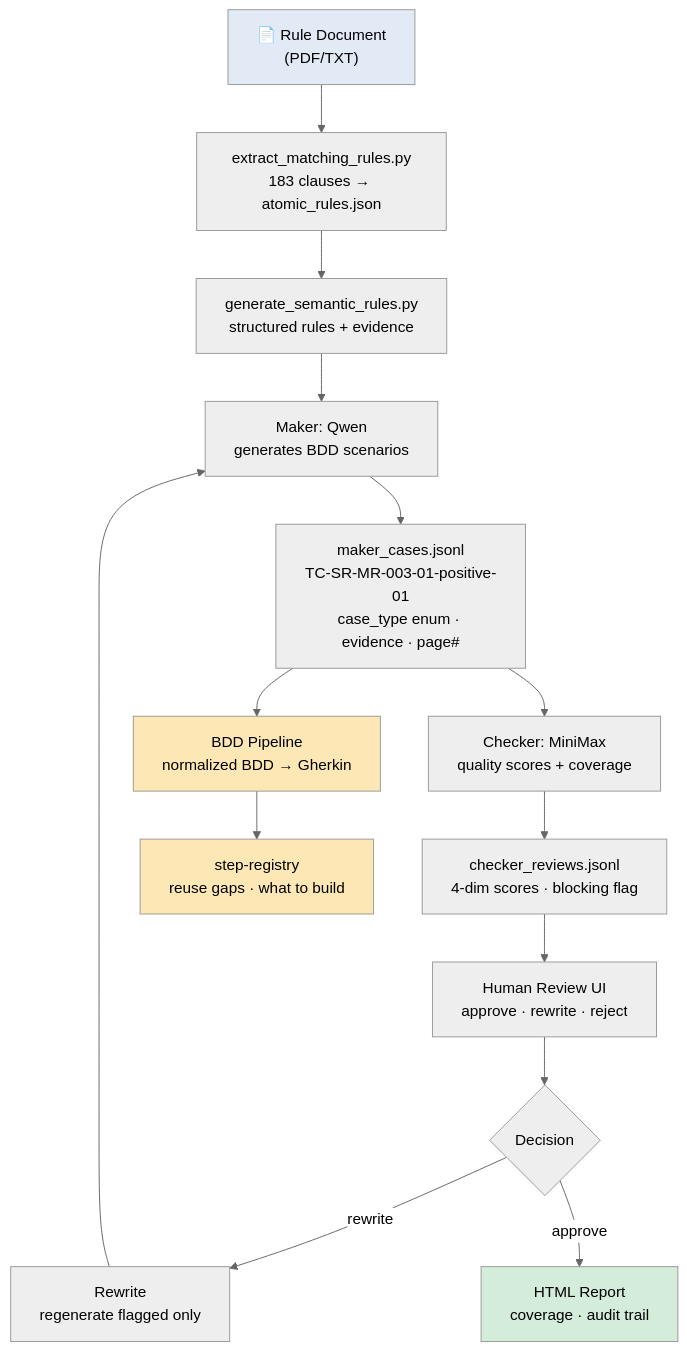
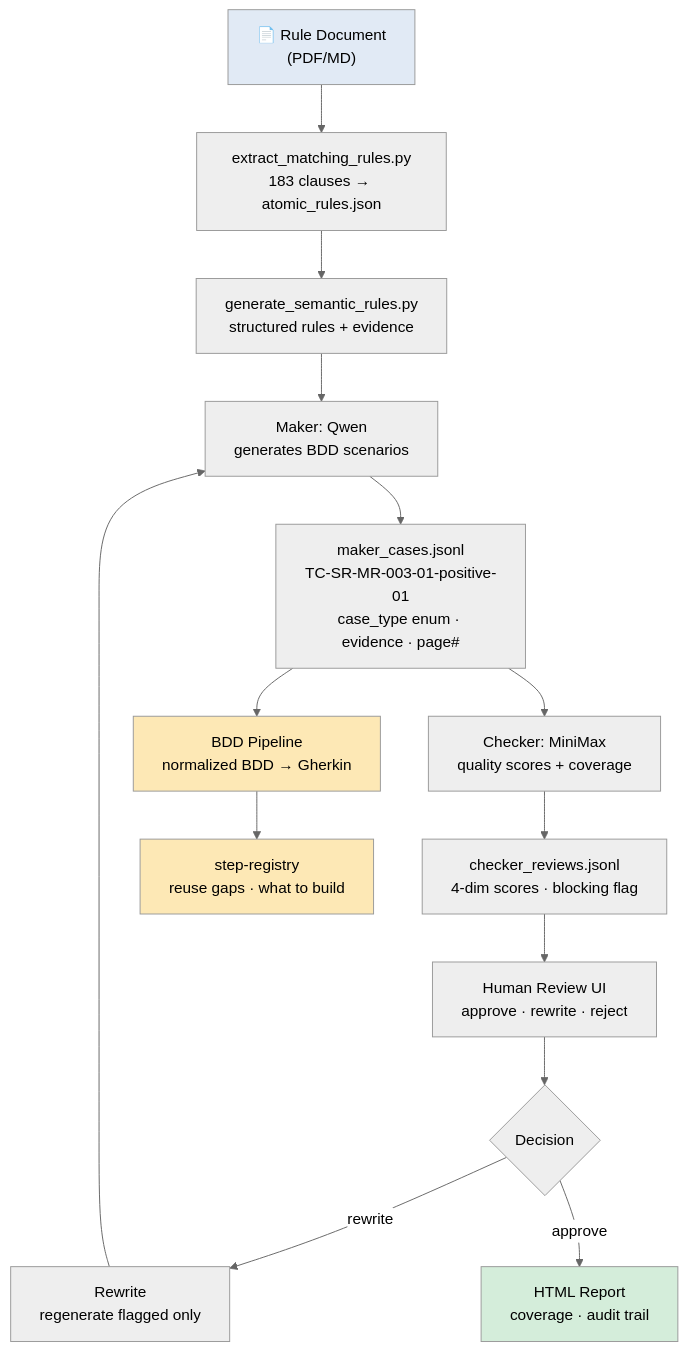
The first of 4 diagrams in docs/demo_for_boss.md (CodeFreddy/LME-Testing), drawn with Mermaid (neutral theme) before and after one commit. The commit also changed other lines of this file and 1 other file, not shown here.

````diff
--- a/docs/demo_for_boss.md
+++ b/docs/demo_for_boss.md
@@ -17,21 +17,21 @@
 ```mermaid
 flowchart TD
-    A["📄 Rule Document<br/>(PDF/TXT)"] --> B["extract_matching_rules.py<br/>183 clauses → atomic_rules.json"]
+    A["📄 Rule Document<br/>(PDF/MD)"] --> B["extract_matching_rules.py<br/>183 clauses → atomic_rules.json"]
     B --> C["generate_semantic_rules.py<br/>structured rules + evidence"]
     C --> D["Maker: Qwen<br/>generates BDD scenarios"]
     D --> E["maker_cases.jsonl<br/>TC-SR-MR-003-01-positive-01<br/>case_type enum · evidence · page#"]
     E --> F["Checker: MiniMax<br/>quality scores + coverage"]
     E --> G["BDD Pipeline<br/>normalized BDD → Gherkin"]
     F --> H["checker_reviews.jsonl<br/>4-dim scores · blocking flag"]
     H --> I["Human Review UI<br/>approve · rewrite · reject"]
     I --> J{"Decision"}
     J -->|rewrite| K["Rewrite<br/>regenerate flagged only"]
     K --> D
     J -->|approve| L["HTML Report<br/>coverage · audit trail"]
     G --> M["step-registry<br/>reuse gaps · what to build"]
 
     style A fill:#e1eaf5
     style L fill:#d4edda
     style G fill:#fde8b5
     style M fill:#fde8b5
 ```
````
